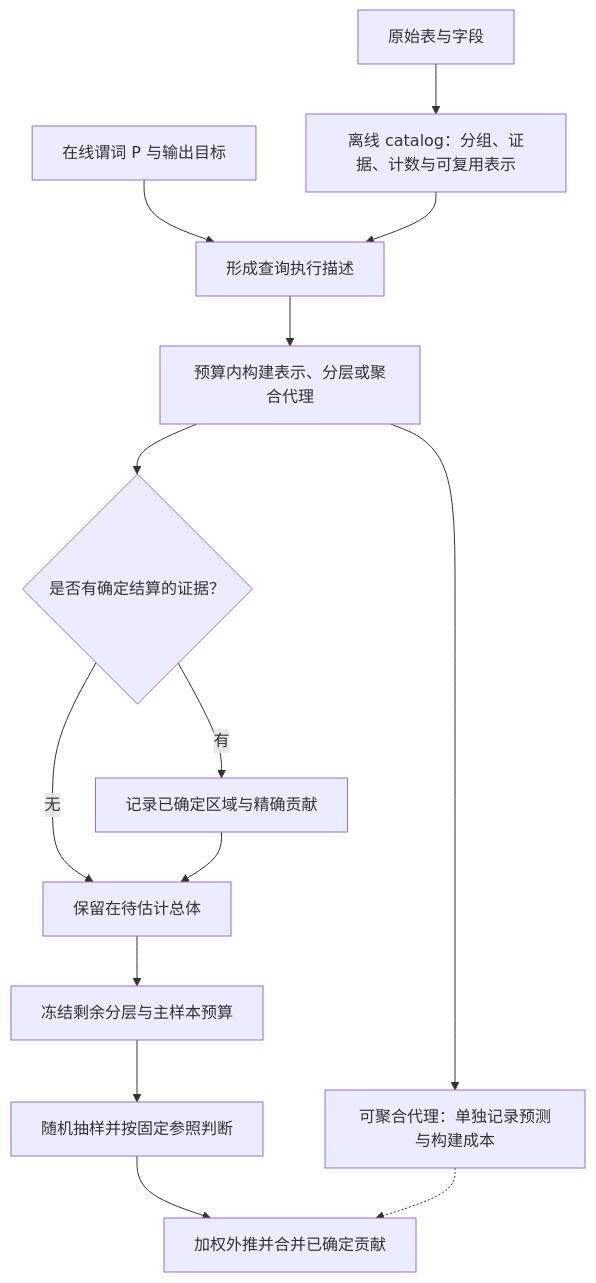
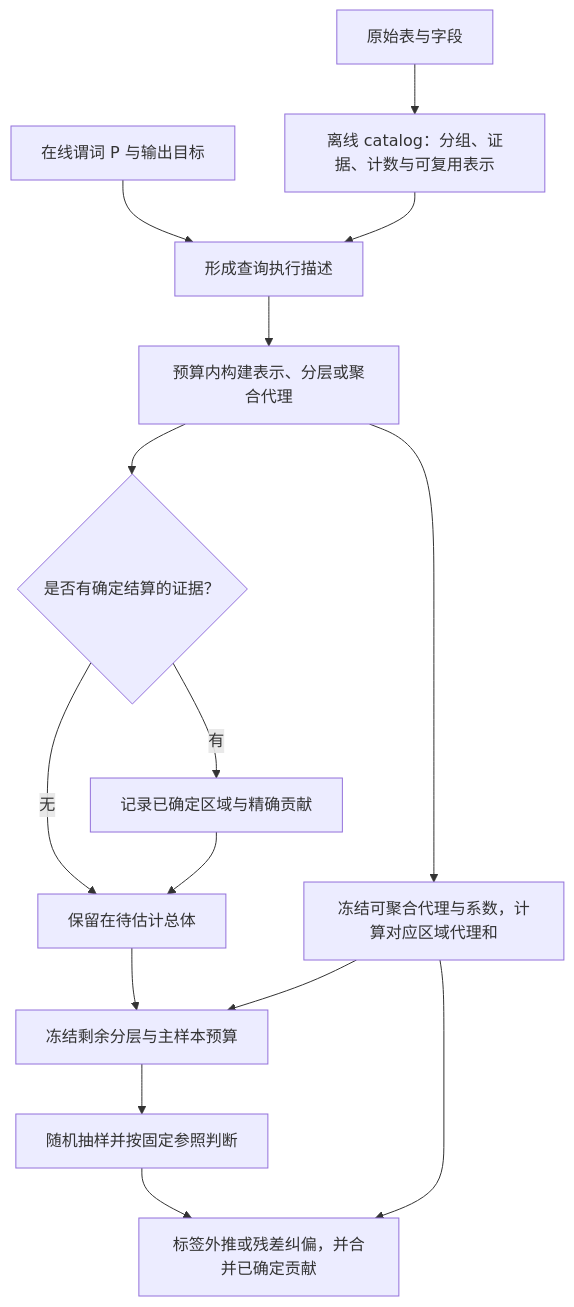
Before and after one commit to ArcadiaLin/textual-view: the diagram in docs/designs/2026-11-23-dm-primitives-semantic-join-prototype.md, drawn with Mermaid. The commit also changed other lines of this file and 11 other files, not shown here.

````diff
--- a/docs/designs/2026-11-23-dm-primitives-semantic-join-prototype.md
+++ b/docs/designs/2026-11-23-dm-primitives-semantic-join-prototype.md
@@ -202,16 +202,17 @@
 ```mermaid
 flowchart TD
     D[原始表与字段] --> C[离线 catalog：分组、证据、计数与可复用表示]
     P[在线谓词 P 与输出目标] --> Q[形成查询执行描述]
     C --> Q
     Q --> O[预算内构建表示、分层或聚合代理]
     O --> F{是否有确定结算的证据？}
     F -->|有| K[记录已确定区域与精确贡献]
     F -->|无| U[保留在待估计总体]
     K --> U
     U --> B[冻结剩余分层与主样本预算]
     B --> N[随机抽样并按固定参照判断]
-    N --> R[加权外推并合并已确定贡献]
-    O --> A[可聚合代理：单独记录预测与构建成本]
-    A -.-> R
+    N --> R[标签外推或残差纠偏，并合并已确定贡献]
+    O --> A[冻结可聚合代理与系数，计算对应区域代理和]
+    A --> B
+    A --> R
 ```
````
